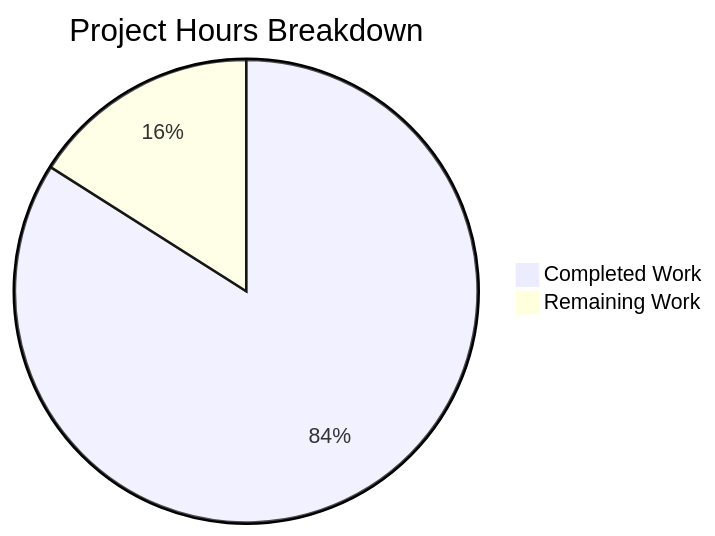
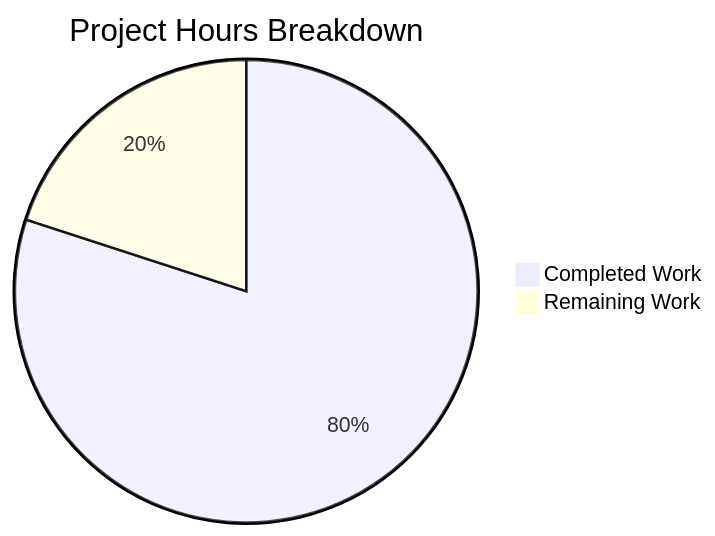
One commit to Sandeep01Kumar/29-dec-existing-projects-qa-test-1 changed the second of 2 diagrams in blitzy/documentation/Project Guide.md. Above: the diagram before and after it, drawn with Mermaid. The commit also changed other lines of this file, not shown here.

Commit message:
Adding Blitzy Project Guide: Project Status and Human Tasks Remaining

````diff
--- a/blitzy/documentation/Project Guide.md
+++ b/blitzy/documentation/Project Guide.md
@@ -93,5 +228,5 @@
 ```mermaid
 pie title Project Hours Breakdown
-    "Completed Work" : 10.5
-    "Remaining Work" : 2.0
+    "Completed Work" : 44
+    "Remaining Work" : 11
 ```
````
